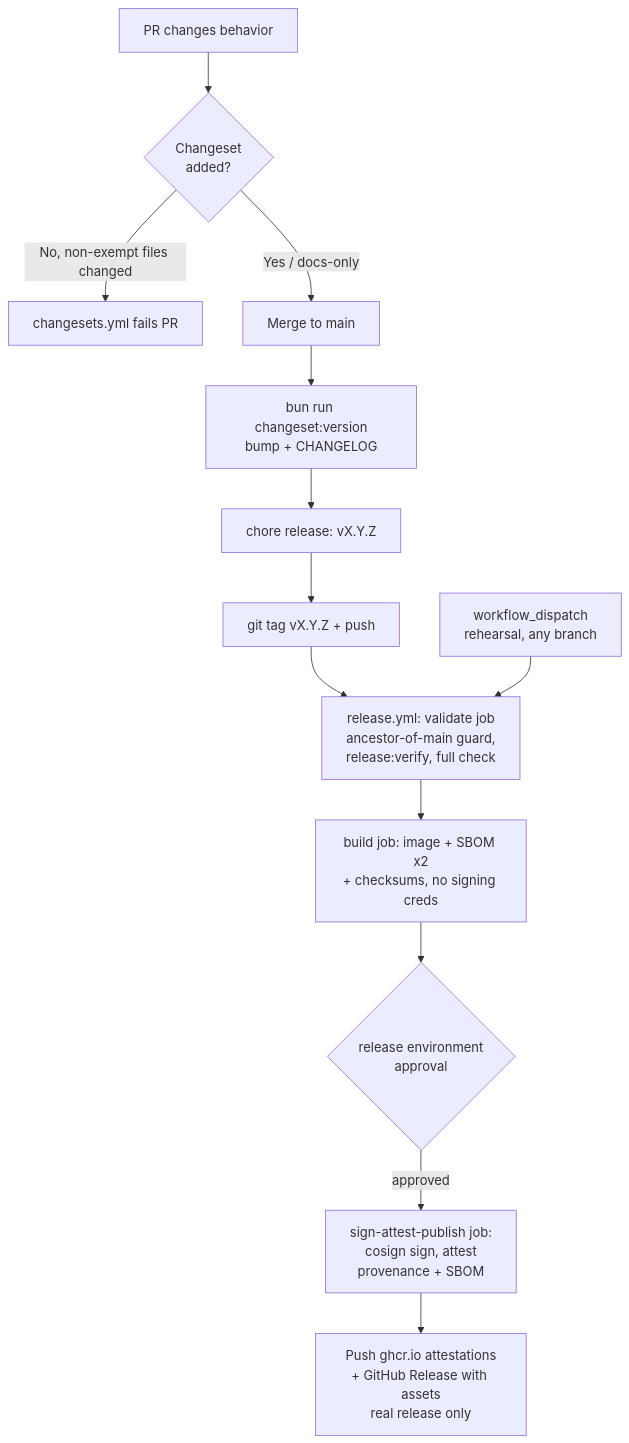
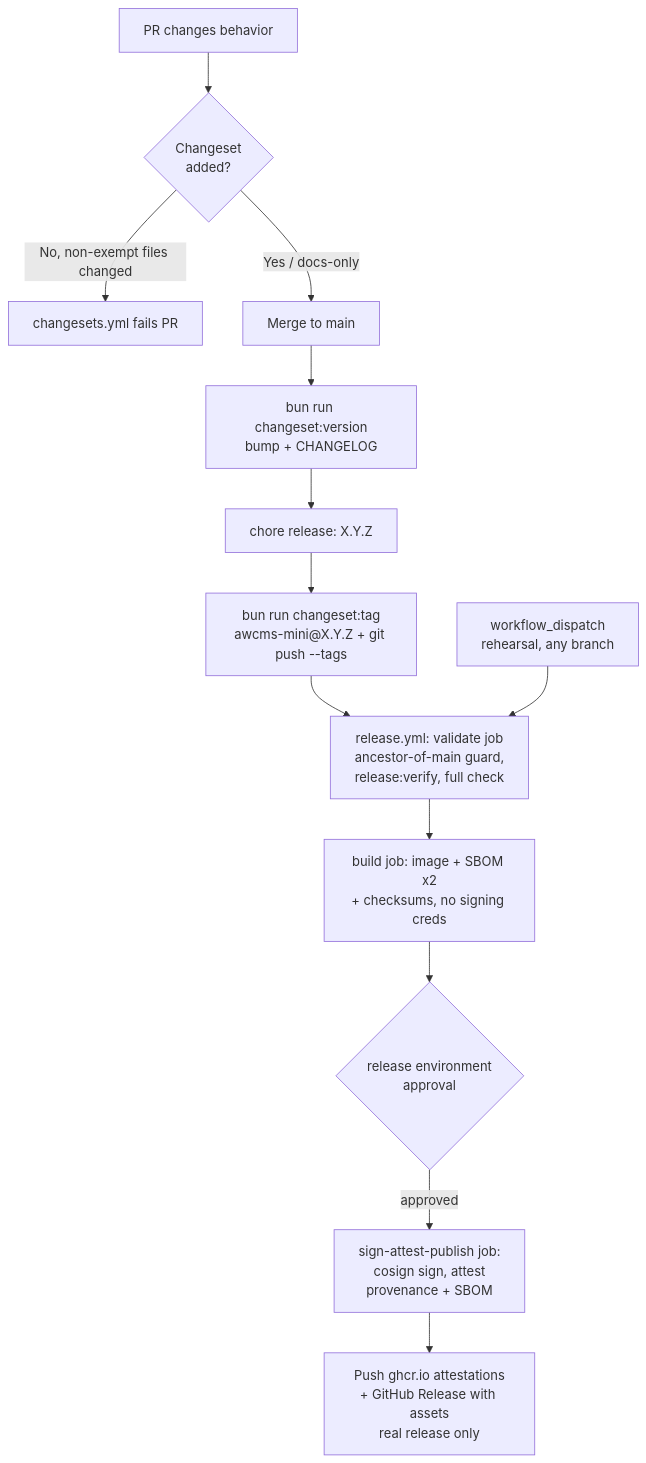
The diagram in docs/awcms-mini/release-process.md (ahliweb/awcms-mini), drawn with Mermaid before and after one commit. The commit also changed other lines of this file and 4 other files, not shown here.

First line of the commit message:
fix(release): trigger release.yml on the changeset tag awcms-mini@* (#825) (#854)

````diff
--- a/docs/awcms-mini/release-process.md
+++ b/docs/awcms-mini/release-process.md
@@ -15,15 +15,15 @@
 ```mermaid
 flowchart TD
   PR[PR changes behavior] --> CS{Changeset<br/>added?}
   CS -- No, non-exempt files changed --> Block[changesets.yml fails PR]
   CS -- Yes / docs-only --> Merge[Merge to main]
   Merge --> Version[bun run changeset:version<br/>bump + CHANGELOG]
-  Version --> Commit[chore release: vX.Y.Z]
-  Commit --> Tag[git tag vX.Y.Z + push]
+  Version --> Commit[chore release: X.Y.Z]
+  Commit --> Tag[bun run changeset:tag<br/>awcms-mini@X.Y.Z + git push --tags]
   Tag --> Validate[release.yml: validate job<br/>ancestor-of-main guard,<br/>release:verify, full check]
   Dispatch[workflow_dispatch<br/>rehearsal, any branch] --> Validate
   Validate --> BuildJob[build job: image + SBOM x2<br/>+ checksums, no signing creds]
   BuildJob --> Approve{release environment<br/>approval}
   Approve -- approved --> SignJob[sign-attest-publish job:<br/>cosign sign, attest<br/>provenance + SBOM]
   SignJob --> Publish[Push ghcr.io attestations<br/>+ GitHub Release with assets<br/>real release only]
 ```
````
